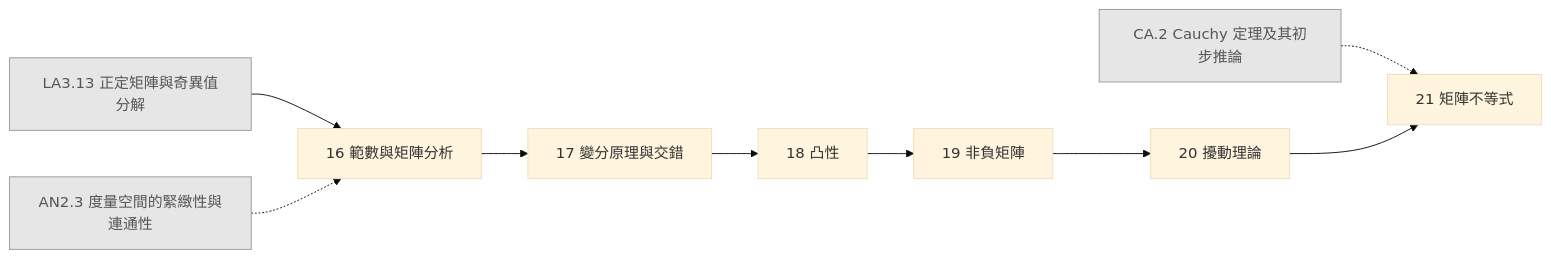
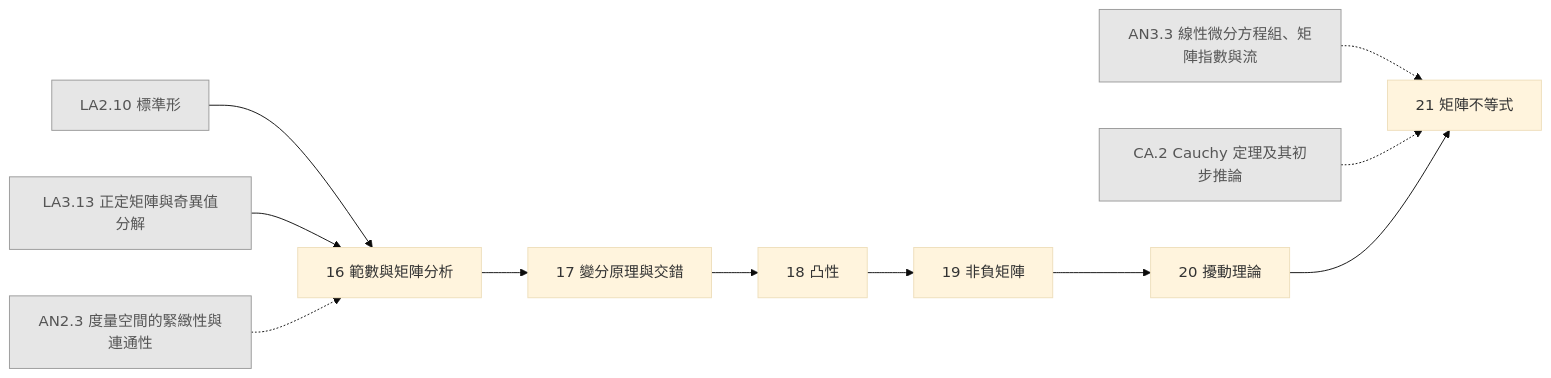
One commit to AkizumiFox/math-atlas changed the diagram in generated/chapters/MA.mmd. Above: the diagram before and after it, drawn with Mermaid (base theme). The commit also changed 14 other files, not shown here.

```diff
--- a/generated/chapters/MA.mmd
+++ b/generated/chapters/MA.mmd
@@ -1,21 +1,25 @@
 flowchart LR
+  LA2_10["LA2.10 標準形"]:::ext
   LA3_13["LA3.13 正定矩陣與奇異值分解"]:::ext
   AN2_3["AN2.3 度量空間的緊緻性與連通性"]:::ext
+  AN3_3["AN3.3 線性微分方程組、矩陣指數與流"]:::ext
   CA_2["CA.2 Cauchy 定理及其初步推論"]:::ext
   MA_16["16 範數與矩陣分析"]
   MA_17["17 變分原理與交錯"]
   MA_18["18 凸性"]
   MA_19["19 非負矩陣"]
   MA_20["20 擾動理論"]
   MA_21["21 矩陣不等式"]
+  LA2_10 --> MA_16
   LA3_13 --> MA_16
   AN2_3 -.-> MA_16
   MA_16 --> MA_17
   MA_17 --> MA_18
   MA_18 --> MA_19
   MA_19 --> MA_20
+  AN3_3 -.-> MA_21
   CA_2 -.-> MA_21
   MA_20 --> MA_21
   classDef ext fill:#e6e6e6,stroke:#999,color:#555
   classDef opt fill:#fff,stroke:#999,stroke-dasharray:4 3,color:#555
   classDef segb fill:#f6f6fb,stroke:#99a,color:#333
```
